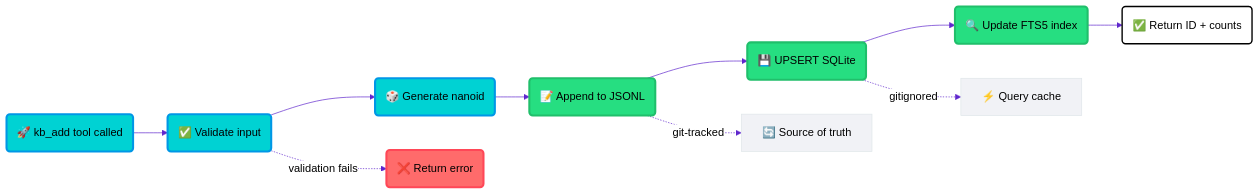
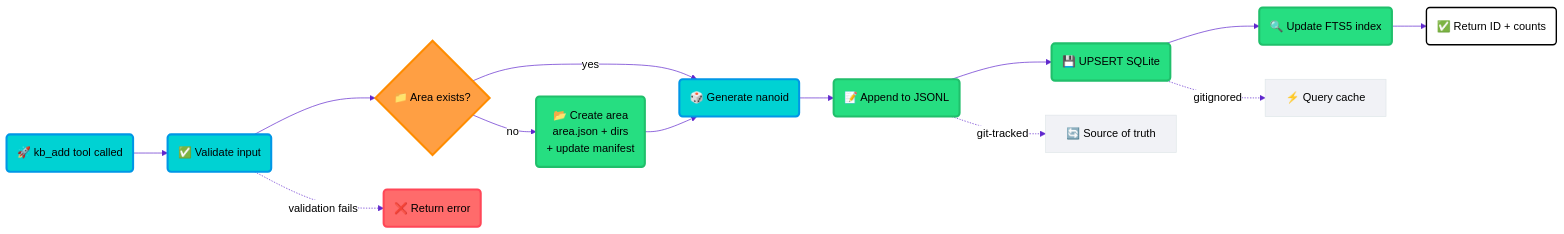
One commit to vilosource/mykb changed the third of 8 diagrams in docs/architecture-DIAGRAMS.md. Above: the diagram before and after it, drawn with Mermaid. The commit also changed other lines of this file and 1 other file, not shown here.

First line of the commit message:
docs: fix 4 gaps surfaced by architecture diagrams

````diff
--- a/docs/architecture-DIAGRAMS.md
+++ b/docs/architecture-DIAGRAMS.md
@@ -125,57 +125,65 @@
 ```mermaid
 %%{init: {
   "theme": "neutral",
   "themeVariables": {
     "primaryColor": "#ff6b6b",
     "primaryTextColor": "#000",
     "primaryBorderColor": "#ff4757",
     "lineColor": "#5f27cd",
     "secondaryColor": "#00d2d3",
     "tertiaryColor": "#ff9ff3",
     "background": "#ffffff",
     "mainBkg": "#ffffff",
     "secondBkg": "#f1f2f6",
     "tertiaryBkg": "#dfe6e9"
   },
   "flowchart": {
     "nodeSpacing": 50,
     "rankSpacing": 50,
     "curve": "basis"
   }
 }}%%
 
 flowchart LR
     START("🚀 kb_add tool called")
     VALIDATE("✅ Validate input")
+    AREACHECK{"📁 Area exists?"}
+    AREACREATE("📂 Create area<br/>area.json + dirs<br/>+ update manifest")
     GENERATE("🎲 Generate nanoid")
     APPEND("📝 Append to JSONL")
     UPSERT("💾 UPSERT SQLite")
     FTS("🔍 Update FTS5 index")
     CONFIRM("✅ Return ID + counts")
 
     START --> VALIDATE
-    VALIDATE --> GENERATE
+    VALIDATE --> AREACHECK
+    AREACHECK -->|"yes"| GENERATE
+    AREACHECK -->|"no"| AREACREATE
+    AREACREATE --> GENERATE
     GENERATE --> APPEND
     APPEND --> UPSERT
     UPSERT --> FTS
     FTS --> CONFIRM
 
     %% Error path
     VALIDATE -.->|"validation fails"| ERROR("❌ Return error")
 
     %% Annotations
     APPEND -.->|"git-tracked"| GITLABEL["🔄 Source of truth"]
     UPSERT -.->|"gitignored"| CACHELABEL["⚡ Query cache"]
 
     %% Styling
     classDef default fill:#ffffff,stroke:#000,stroke-width:2px,color:#000
     classDef process fill:#00d2d3,stroke:#0097e6,stroke-width:3px,color:#000
     classDef storage fill:#26de81,stroke:#20bf6b,stroke-width:3px,color:#000
     classDef error fill:#ff6b6b,stroke:#ff4757,stroke-width:3px,color:#000
     classDef label fill:#f1f2f6,stroke:#dfe6e9,stroke-width:1px,color:#000
+    classDef decision fill:#ff9f43,stroke:#ff8c00,stroke-width:3px,color:#000
 
     class START,VALIDATE,GENERATE process
     class APPEND,UPSERT,FTS storage
     class ERROR error
     class GITLABEL,CACHELABEL label
+    class AREACHECK decision
+    class AREACREATE storage
 ```
````
